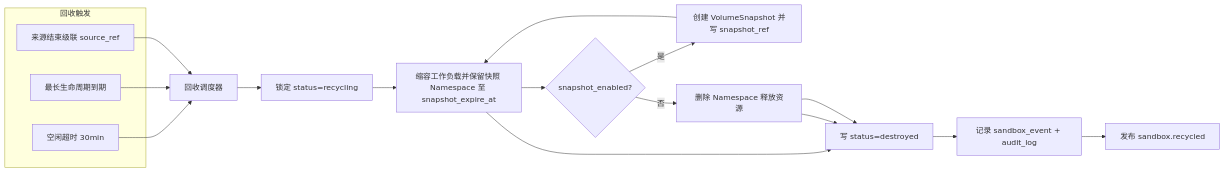
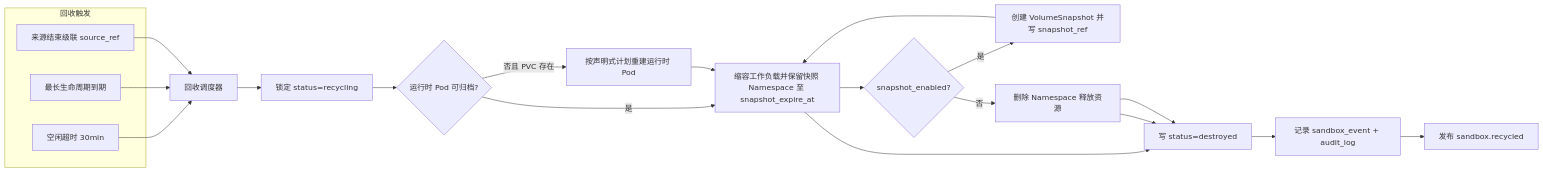
One commit to menghuishisan/CHAIMIR changed the fourth of 7 diagrams in docs/02-沙箱引擎/05-业务流程与状态机.md. Above: the diagram before and after it, drawn with Mermaid. The commit also changed other lines of this file and 117 other files, not shown here.

````diff
--- a/docs/02-沙箱引擎/05-业务流程与状态机.md
+++ b/docs/02-沙箱引擎/05-业务流程与状态机.md
@@ -81,22 +81,25 @@
 ```mermaid
 flowchart LR
     subgraph 回收触发
     A1[空闲超时 30min]
     A2[最长生命周期到期]
     A3[来源结束级联 source_ref]
     end
     A1 --> R[回收调度器]
     A2 --> R
     A3 --> R
     R --> S[锁定 status=recycling]
-    S --> P[持久化代码到 MinIO]
+    S --> W{运行时 Pod 可归档?}
+    W -->|否且 PVC 存在| WR[按声明式计划重建运行时 Pod]
+    W -->|是| P[持久化代码到 MinIO]
+    WR --> P
     P --> V{snapshot_enabled?}
     V -->|是| VS[创建 VolumeSnapshot 并写 snapshot_ref]
     V -->|否| D[删除 Namespace 释放资源]
     VS --> P[缩容工作负载并保留快照 Namespace 至 snapshot_expire_at]
     P --> X
     D --> X
     D --> X[写 status=destroyed]
     X --> L[记录 sandbox_event + audit_log]
     L --> E[发布 sandbox.recycled]
 ```
````
